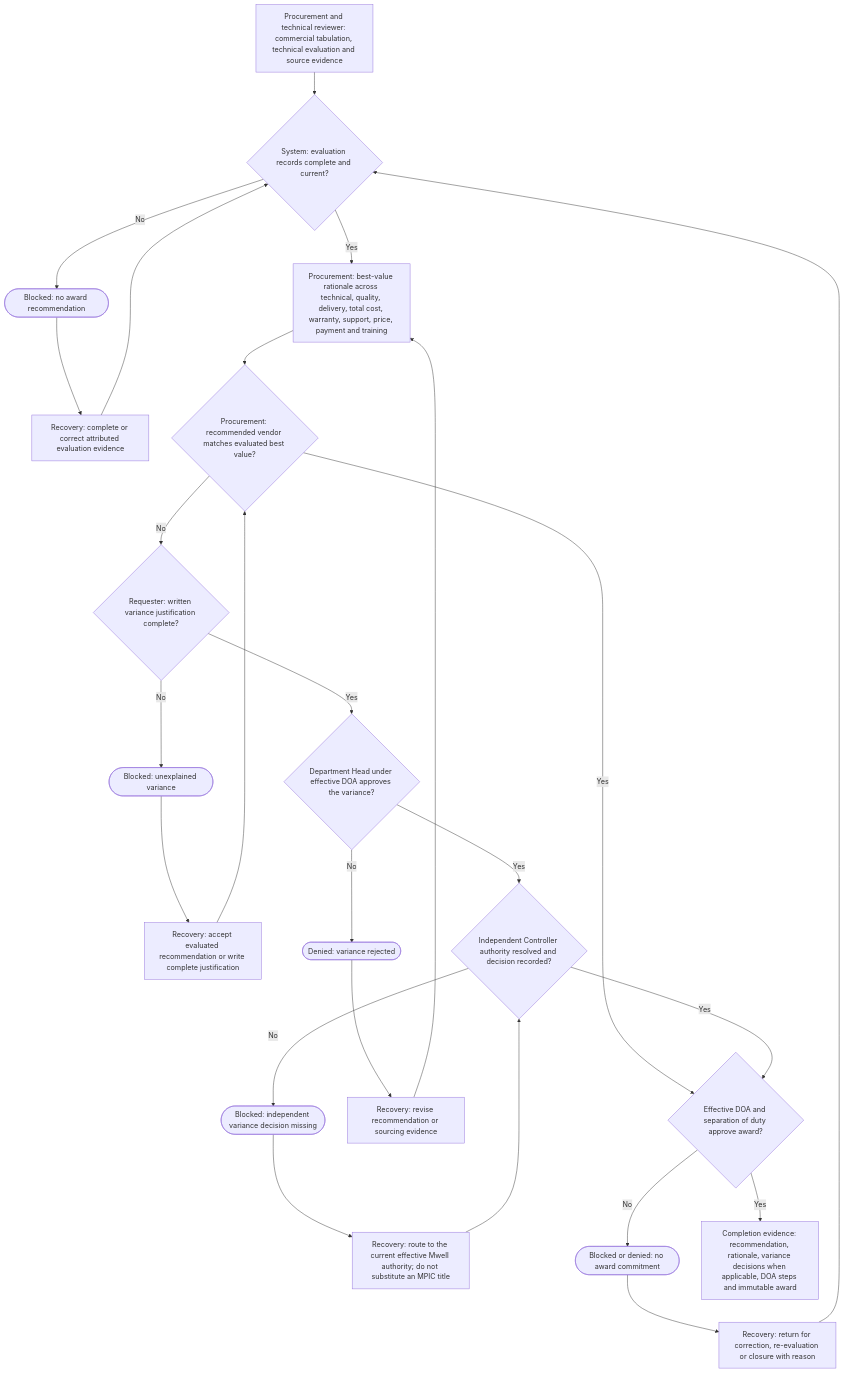
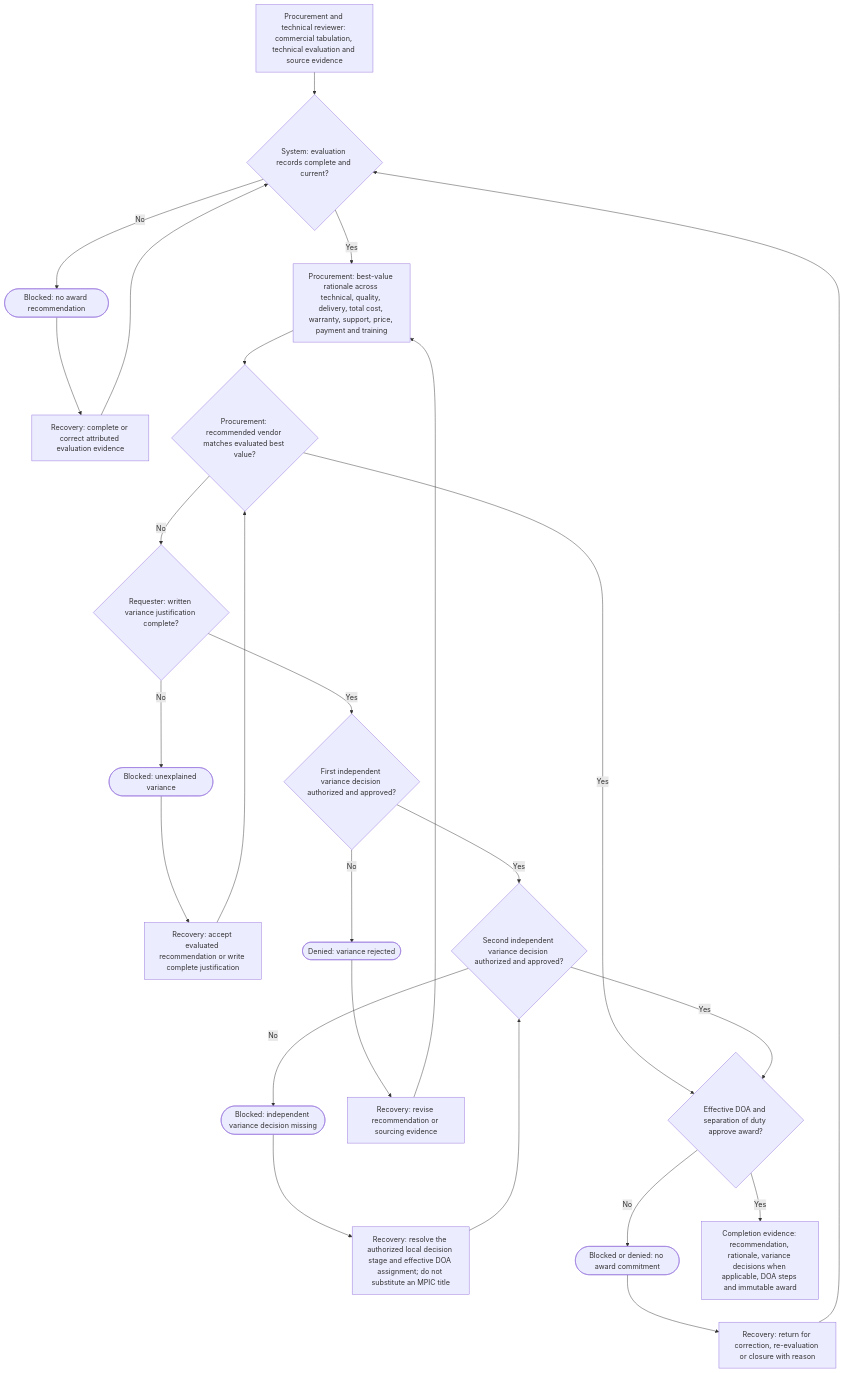
One commit to normanwashere/mwell-intra changed the sixth of 8 diagrams in docs/PROCESS_REFERENCE_LIBRARY.md. Above: the diagram before and after it, drawn with Mermaid. The commit also changed other lines of this file and 9 other files, not shown here.

````diff
--- a/docs/PROCESS_REFERENCE_LIBRARY.md
+++ b/docs/PROCESS_REFERENCE_LIBRARY.md
@@ -169,27 +180,27 @@
 ```mermaid
 flowchart TD
   A[Procurement and technical reviewer: commercial tabulation, technical evaluation and source evidence] --> B{System: evaluation records complete and current?}
   B -->|No| BX([Blocked: no award recommendation])
   BX --> BR[Recovery: complete or correct attributed evaluation evidence]
   BR --> B
   B -->|Yes| C[Procurement: best-value rationale across technical, quality, delivery, total cost, warranty, support, price, payment and training]
   C --> D{Procurement: recommended vendor matches evaluated best value?}
   D -->|Yes| H{Effective DOA and separation of duty approve award?}
   D -->|No| E{Requester: written variance justification complete?}
   E -->|No| EX([Blocked: unexplained variance])
   EX --> ER[Recovery: accept evaluated recommendation or write complete justification]
   ER --> D
-  E -->|Yes| F{Department Head under effective DOA approves the variance?}
+  E -->|Yes| F{First independent variance decision authorized and approved?}
   F -->|No| FX([Denied: variance rejected])
   FX --> FR[Recovery: revise recommendation or sourcing evidence]
   FR --> C
-  F -->|Yes| G{Independent Controller authority resolved and decision recorded?}
+  F -->|Yes| G{Second independent variance decision authorized and approved?}
   G -->|No| GX([Blocked: independent variance decision missing])
-  GX --> GR[Recovery: route to the current effective Mwell authority; do not substitute an MPIC title]
+  GX --> GR[Recovery: resolve the authorized local decision stage and effective DOA assignment; do not substitute an MPIC title]
   GR --> G
   G -->|Yes| H
   H -->|No| HX([Blocked or denied: no award commitment])
   HX --> HR[Recovery: return for correction, re-evaluation or closure with reason]
   HR --> B
   H -->|Yes| I[Completion evidence: recommendation, rationale, variance decisions when applicable, DOA steps and immutable award]
 ```
````
